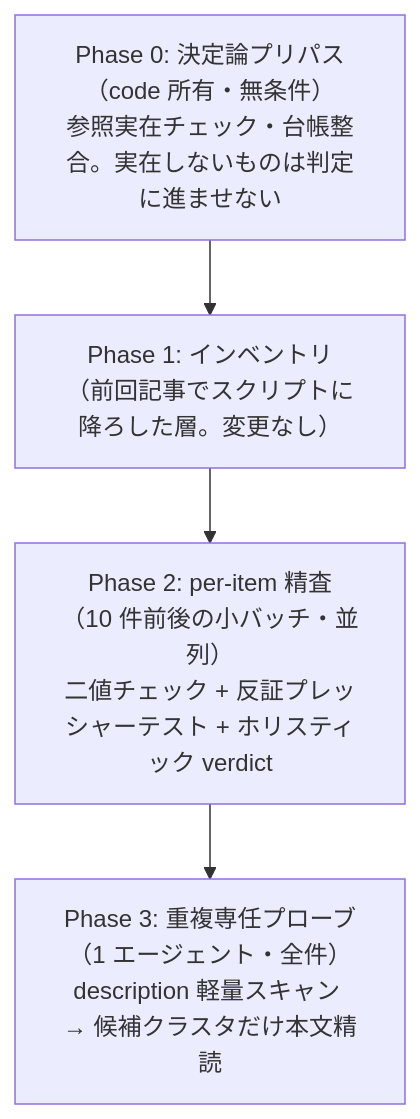
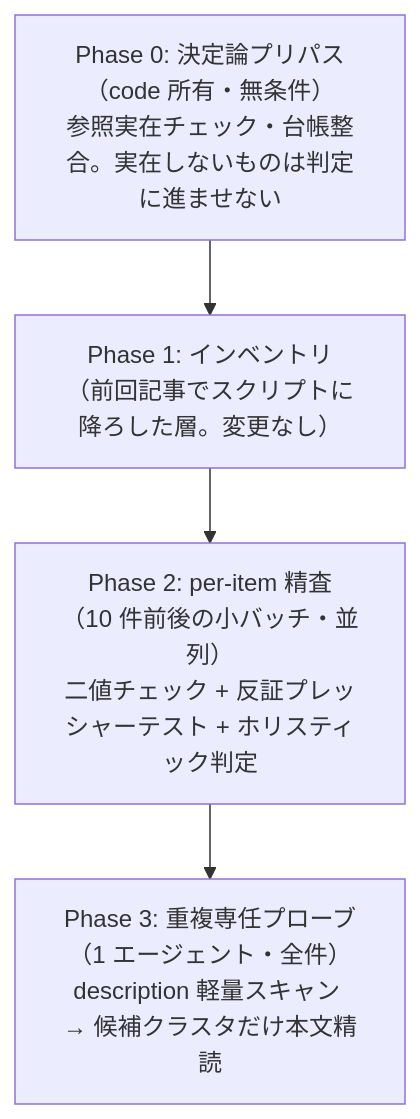
One commit to shimo4228/zenn-content changed the second of 2 diagrams in articles/llm-judge-checks-not-scores.md. Above: the diagram before and after it, drawn with Mermaid. The commit also changed other lines of this file, not shown here.

Commit message:
refactor(article): verdict→判定ラベル/判定 に日本語化（コード・引用原文・初出定義は除く）、enum は初出で列挙型として定義

````diff
--- a/articles/llm-judge-checks-not-scores.md
+++ b/articles/llm-judge-checks-not-scores.md
@@ -218,8 +218,8 @@
 ```mermaid
 flowchart TB
     P0["Phase 0: 決定論プリパス（code 所有・無条件）<br>参照実在チェック・台帳整合。実在しないものは判定に進ませない"]
     P1["Phase 1: インベントリ<br>（前回記事でスクリプトに降ろした層。変更なし）"]
-    P2["Phase 2: per-item 精査（10 件前後の小バッチ・並列）<br>二値チェック + 反証プレッシャーテスト + ホリスティック verdict"]
+    P2["Phase 2: per-item 精査（10 件前後の小バッチ・並列）<br>二値チェック + 反証プレッシャーテスト + ホリスティック判定"]
     P3["Phase 3: 重複専任プローブ（1 エージェント・全件）<br>description 軽量スキャン → 候補クラスタだけ本文精読"]
     P0 --> P1 --> P2 --> P3
 ```
````
